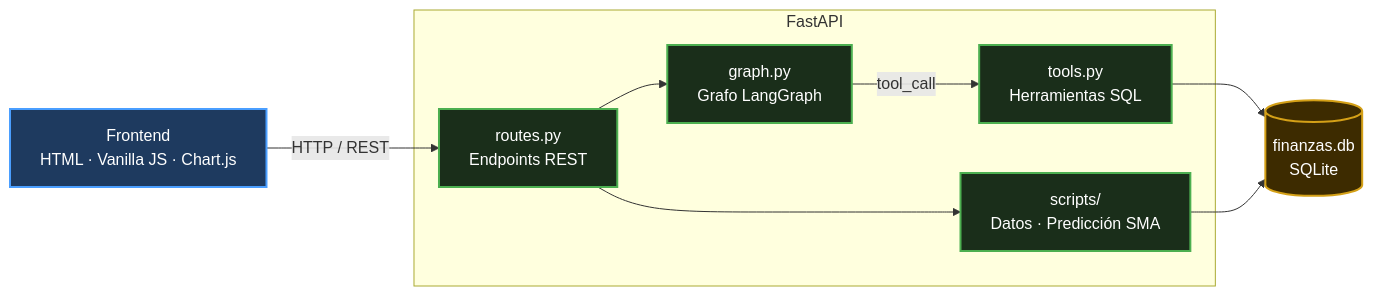
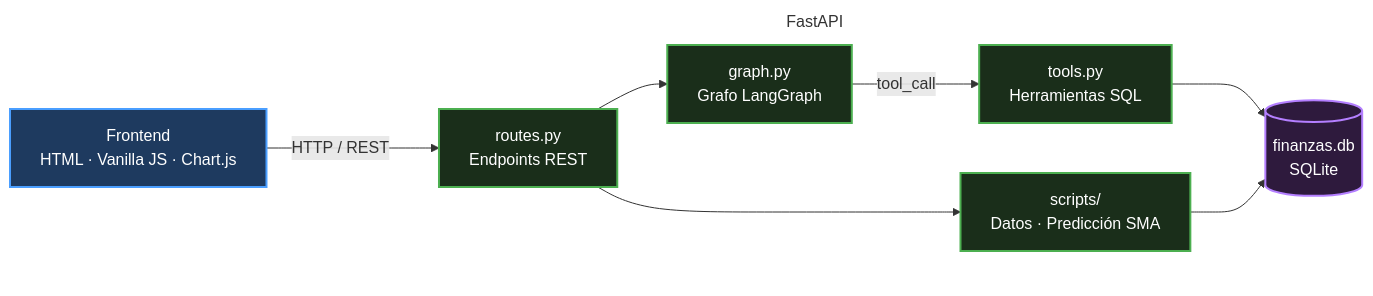
One commit to ygs1629/ia-project-2 changed the first of 3 diagrams in README.md. Above: the diagram before and after it, drawn with Mermaid. The commit also changed other lines of this file, not shown here.

Commit message:
Update Mermaid diagram styles in README.md

````diff
--- a/README.md
+++ b/README.md
@@ -41,26 +41,28 @@
 ```mermaid
 graph LR
     classDef frontend fill:#1e3a5f,stroke:#4a9eff,stroke-width:2px,color:#fff;
     classDef backend fill:#1a2e1a,stroke:#4caf50,stroke-width:2px,color:#fff;
-    classDef db fill:#3d2b00,stroke:#d4a017,stroke-width:2px,color:#fff;
+    classDef db fill:#2e1a3d,stroke:#b47fff,stroke-width:2px,color:#fff;
 
     FE["Frontend\nHTML · Vanilla JS · Chart.js"]
     FE -- "HTTP / REST" --> API
 
     subgraph FastAPI
         API["routes.py\nEndpoints REST"]
         AGENT["graph.py\nGrafo LangGraph"]
         TOOLS["tools.py\nHerramientas SQL"]
         SCRIPTS["scripts/\nDatos · Predicción SMA"]
     end
 
     API --> AGENT
     AGENT -- "tool_call" --> TOOLS
     TOOLS --> DB[("finanzas.db\nSQLite")]
     API --> SCRIPTS
     SCRIPTS --> DB
 
     class FE frontend;
     class API,AGENT,TOOLS,SCRIPTS backend;
     class DB db;
+
+    style FastAPI fill:transparent,stroke:#fff,stroke-width:2px   
 ```
````
